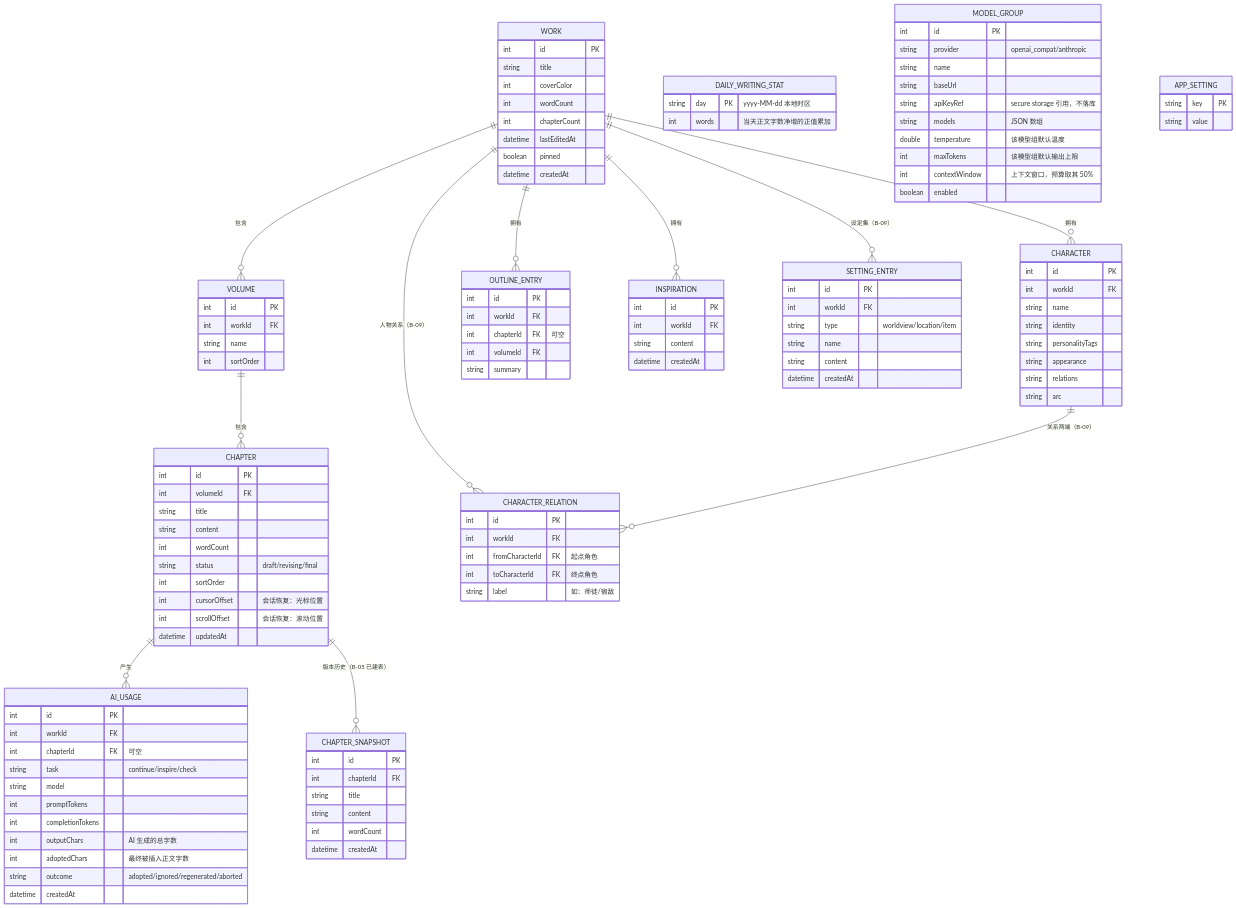
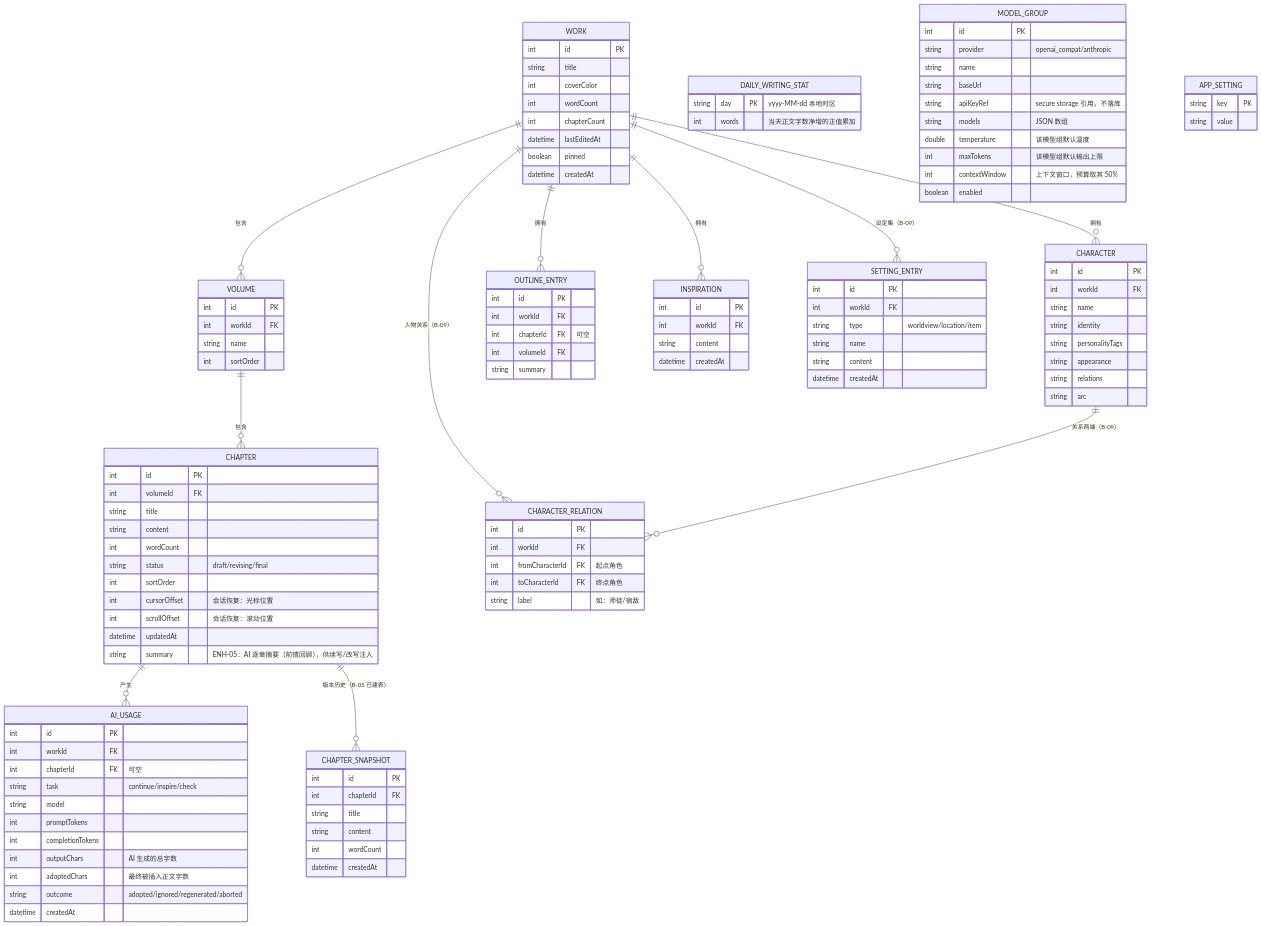
One commit to wly2lcl/NovelPhone changed the second of 3 diagrams in docs/ARCHITECTURE.md. Above: the diagram before and after it, drawn with Mermaid. The commit also changed other lines of this file and 18 other files, not shown here.

First line of the commit message:
feat: ENH-05 AI 逐章摘要 + 多候选续写 + AI 章纲扩写

```diff
--- a/docs/ARCHITECTURE.md
+++ b/docs/ARCHITECTURE.md
@@ -257,6 +257,7 @@
         int cursorOffset "会话恢复：光标位置"
         int scrollOffset "会话恢复：滚动位置"
         datetime updatedAt
+        string summary "ENH-05：AI 逐章摘要（前情回顾），供续写/改写注入"
     }
     CHAPTER_SNAPSHOT {
         int id PK
```
